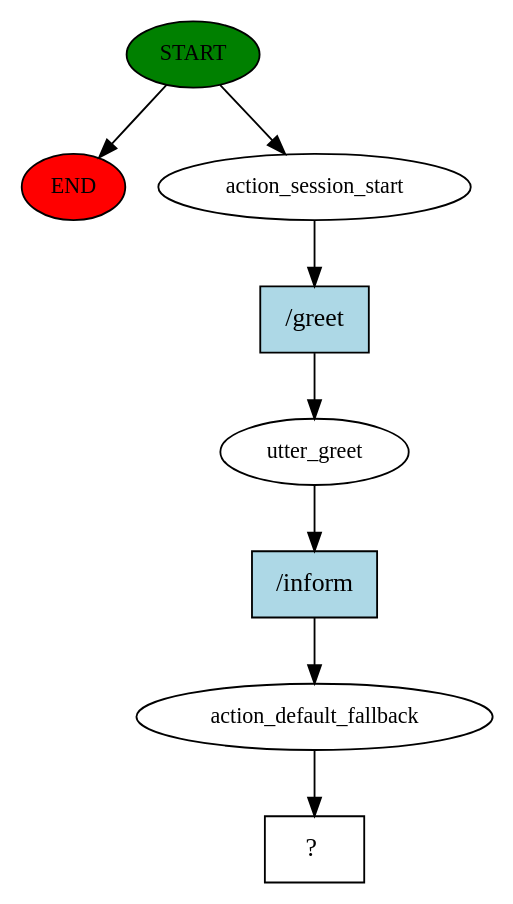
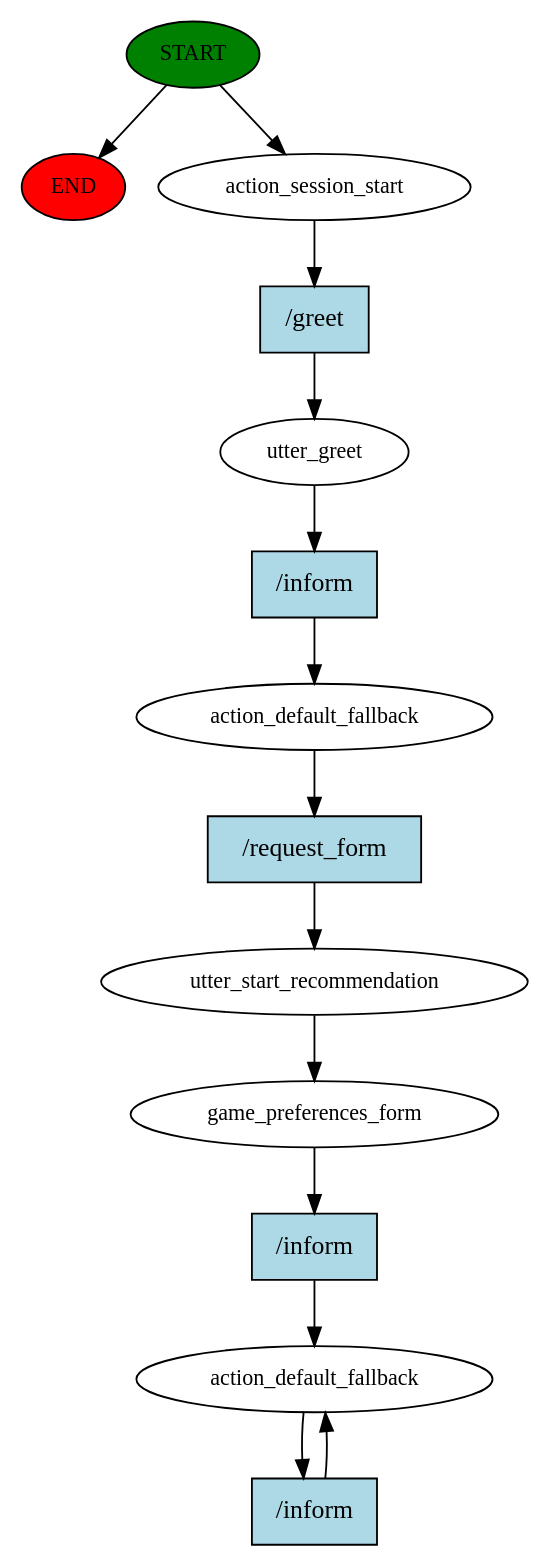
Before and after one commit to MattSona99/DataScience: the diagram in Chatbot/story_graph.dot, drawn with Graphviz. The commit also changed 4 other files, not shown here.

```diff
--- a/Chatbot/story_graph.dot
+++ b/Chatbot/story_graph.dot
@@ -1,17 +1,28 @@
 digraph  {
 0 [class="start active", fillcolor=green, fontsize=12, label=START, style=filled];
 "-1" [class=end, fillcolor=red, fontsize=12, label=END, style=filled];
 1 [class=active, fontsize=12, label=action_session_start];
 2 [class=active, fontsize=12, label=utter_greet];
 3 [class=active, fontsize=12, label=action_default_fallback];
-4 [class="intent dashed active", label="  ?  ", shape=rect];
-5 [class="intent active", fillcolor=lightblue, label="/greet", shape=rect, style=filled];
-6 [class="intent active", fillcolor=lightblue, label="/inform", shape=rect, style=filled];
+4 [class=active, fontsize=12, label=utter_start_recommendation];
+5 [class=active, fontsize=12, label=game_preferences_form];
+6 [class="active dashed", fontsize=12, label=action_default_fallback];
+8 [class="intent active", fillcolor=lightblue, label="/greet", shape=rect, style=filled];
+9 [class="intent active", fillcolor=lightblue, label="/inform", shape=rect, style=filled];
+10 [class="intent active", fillcolor=lightblue, label="/request_form", shape=rect, style=filled];
+11 [class="intent active", fillcolor=lightblue, label="/inform", shape=rect, style=filled];
+12 [class="intent active", fillcolor=lightblue, label="/inform", shape=rect, style=filled];
 0 -> "-1"  [class="", key=NONE, label=""];
 0 -> 1  [class=active, key=NONE, label=""];
-1 -> 5  [class=active, key=0];
-2 -> 6  [class=active, key=0];
-3 -> 4  [class=active, key=NONE, label=""];
-5 -> 2  [class=active, key=0];
-6 -> 3  [class=active, key=0];
+1 -> 8  [class=active, key=0];
+2 -> 9  [class=active, key=0];
+3 -> 10  [class=active, key=0];
+4 -> 5  [class=active, key=NONE, label=""];
+5 -> 11  [class=active, key=0];
+6 -> 12  [class=active, key=0];
+8 -> 2  [class=active, key=0];
+9 -> 3  [class=active, key=0];
+10 -> 4  [class=active, key=0];
+11 -> 6  [class=active, key=0];
+12 -> 6  [class=active, key=0];
 }
```
